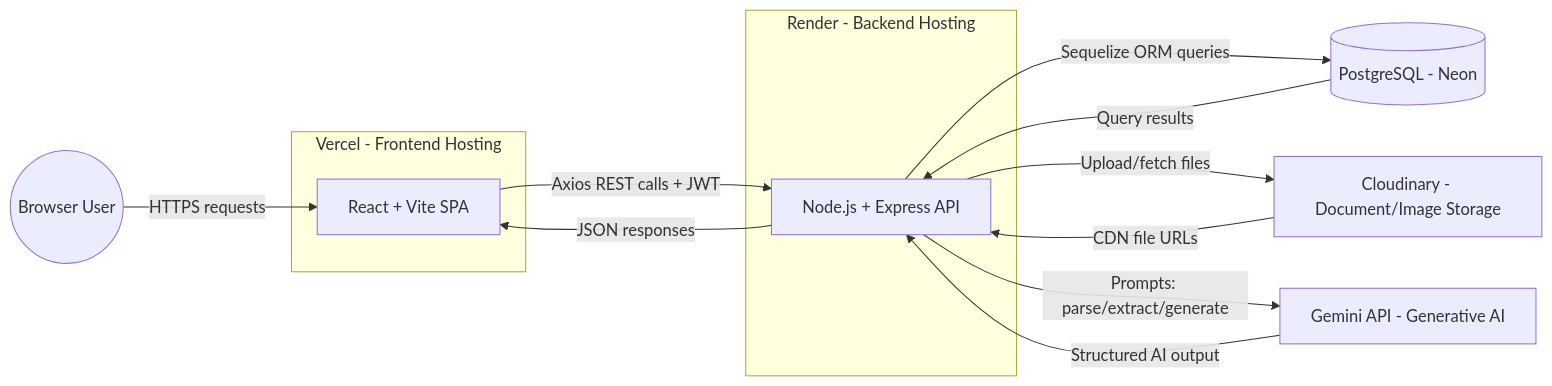
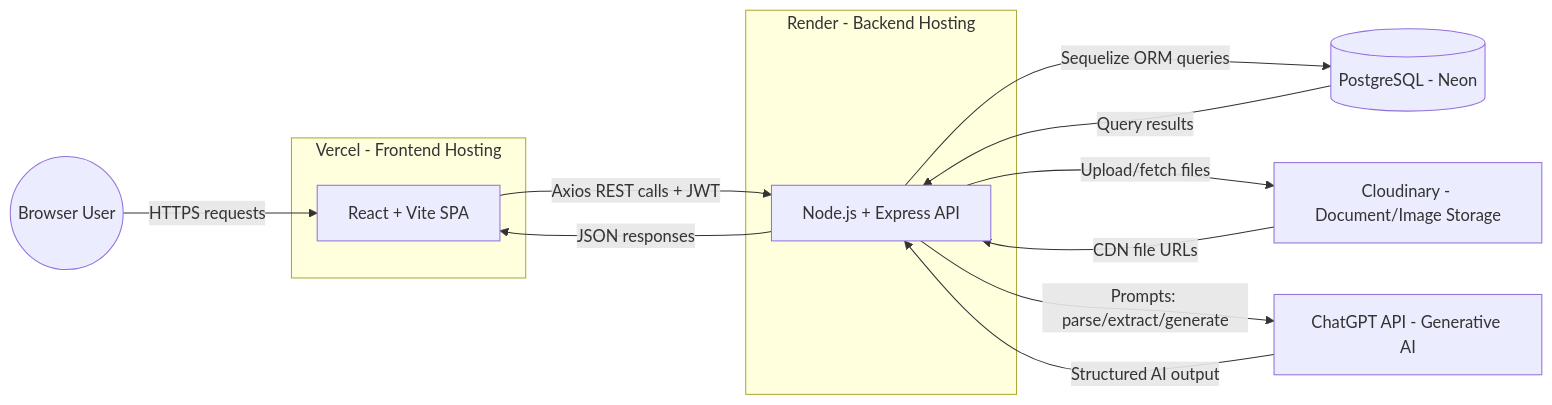
The diagram in design/architecture-diagram.md (RainChoco/my-project), drawn with Mermaid before and after one commit. The commit also changed 7 other files, not shown here.

Commit message:
docs: replace Gemini references with ChatGPT and Claude Code

````diff
--- a/design/architecture-diagram.md
+++ b/design/architecture-diagram.md
@@ -1,26 +1,26 @@
 ```mermaid
 graph LR
     User(("Browser User"))
 
     subgraph Vercel["Vercel - Frontend Hosting"]
         Frontend["React + Vite SPA"]
     end
 
     subgraph Render["Render - Backend Hosting"]
         Backend["Node.js + Express API"]
     end
 
     Neon[("PostgreSQL - Neon")]
     Cloudinary["Cloudinary - Document/Image Storage"]
-    Gemini["Gemini API - Generative AI"]
+    ChatGPT["ChatGPT API - Generative AI"]
 
     User -->|HTTPS requests| Frontend
     Frontend -->|Axios REST calls + JWT| Backend
     Backend -->|JSON responses| Frontend
     Backend -->|Sequelize ORM queries| Neon
     Neon -->|Query results| Backend
     Backend -->|Upload/fetch files| Cloudinary
     Cloudinary -->|CDN file URLs| Backend
-    Backend -->|Prompts: parse/extract/generate| Gemini
-    Gemini -->|Structured AI output| Backend
+    Backend -->|Prompts: parse/extract/generate| ChatGPT
+    ChatGPT -->|Structured AI output| Backend
 ```
````
